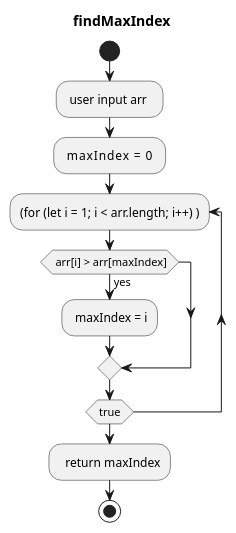
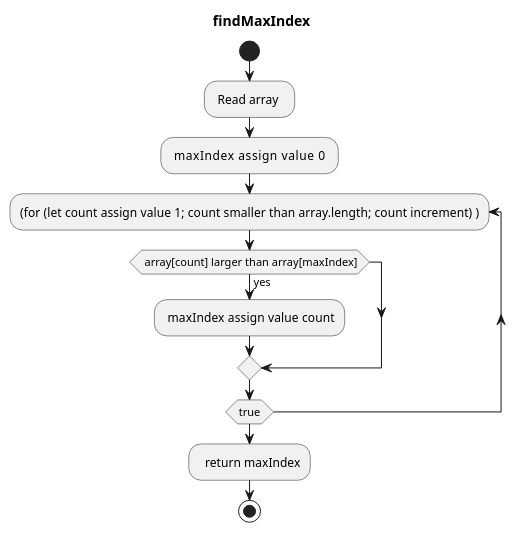
The diagram in diagram/11a.wsd (codingPhuc/B-i-t-p-nh-p-m-n-l-p-tr-nh), drawn with PlantUML before and after one commit. The commit also changed 102 other files, not shown here.

```diff
--- a/diagram/11a.wsd
+++ b/diagram/11a.wsd
@@ -2,13 +2,13 @@
 @startuml findMaxIndex
 title findMaxIndex
 start
-: user input arr  ;
-: maxIndex =    0 ;  
-repeat:(for (let i = 1; i < arr.length; i++) )    
-      if( arr[i] > arr[maxIndex]) then (yes)
-        : maxIndex = i; 
+: Read array  ;
+: maxIndex assign value     0 ;  
+repeat:(for (let count assign value  1; count smaller than  array.length; count increment) )    
+      if( array[count] larger than array[maxIndex]) then (yes)
+        : maxIndex assign value  count; 
       endif 
 repeat while(true)
 :  return maxIndex; 
 stop
 @enduml
```
